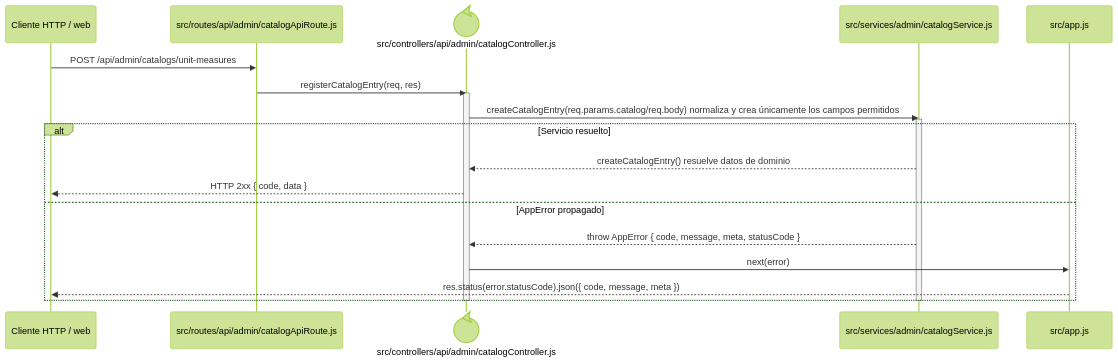
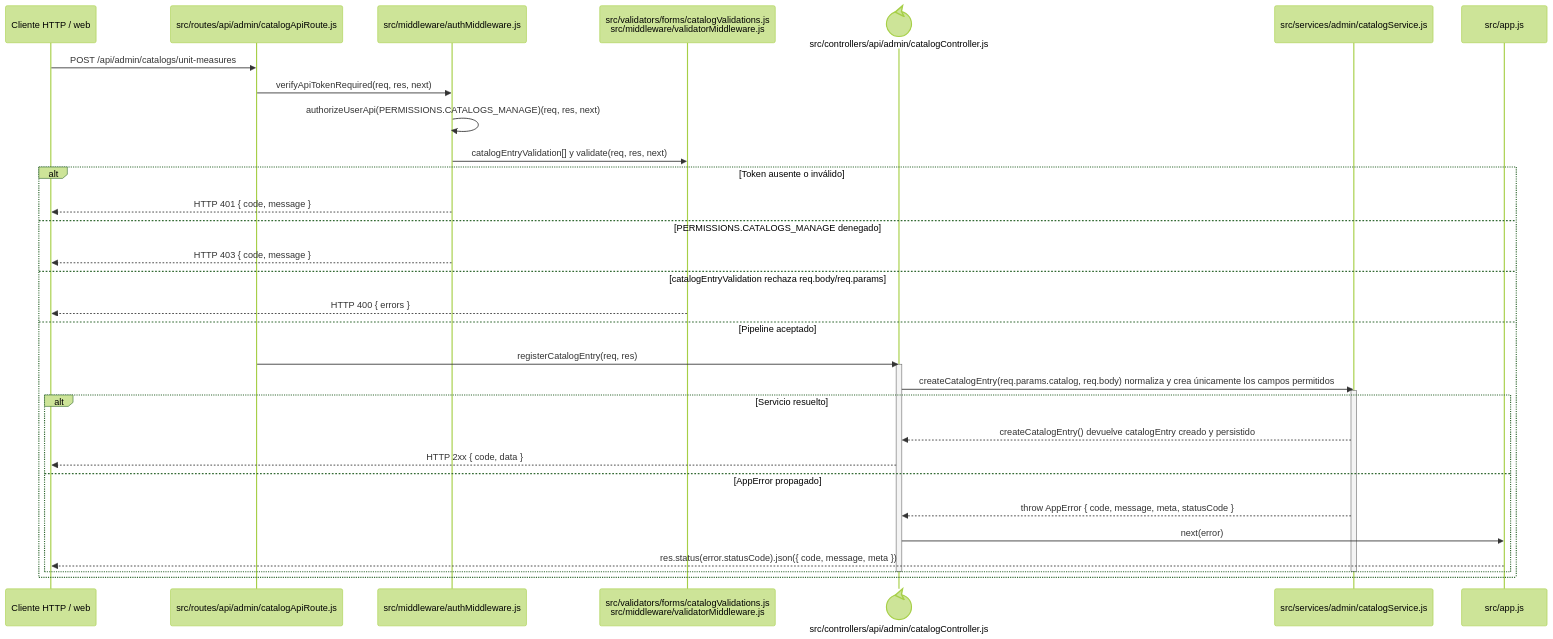
One commit to gpgsistemas01/nexus changed the diagram in docs/architecture/backend-code-sequences/catalogs/cu-cat-19.md. Above: the diagram before and after it, drawn with Mermaid (forest theme). The commit also changed 102 other files, not shown here.

````diff
--- a/docs/architecture/backend-code-sequences/catalogs/cu-cat-19.md
+++ b/docs/architecture/backend-code-sequences/catalogs/cu-cat-19.md
@@ -6,24 +6,37 @@
 ```mermaid
 sequenceDiagram
     participant Client as Cliente HTTP / web
     participant Route as src/routes/api/admin/catalogApiRoute.js
+    participant Auth as src/middleware/authMiddleware.js
+    participant Validator as src/validators/forms/catalogValidations.js<br/>src/middleware/validatorMiddleware.js
     participant Controller@{ "type": "control" } as src/controllers/api/admin/catalogController.js
     participant Domain as src/services/admin/catalogService.js
     participant ErrorHandler as src/app.js
 
     Client->>Route: POST /api/admin/catalogs/unit-measures
-    Route->>Controller: registerCatalogEntry(req, res)
-    activate Controller
-    Controller->>Domain: createCatalogEntry(req.params.catalog/req.body) normaliza y crea únicamente los campos permitidos
-    activate Domain
-    alt Servicio resuelto
-        Domain-->>Controller: createCatalogEntry() resuelve datos de dominio
-        Controller-->>Client: HTTP 2xx { code, data }
-    else AppError propagado
-        Domain-->>Controller: throw AppError { code, message, meta, statusCode }
-        Controller->>ErrorHandler: next(error)
-        ErrorHandler-->>Client: res.status(error.statusCode).json({ code, message, meta })
+    Route->>Auth: verifyApiTokenRequired(req, res, next)
+    Auth->>Auth: authorizeUserApi(PERMISSIONS.CATALOGS_MANAGE)(req, res, next)
+    Auth->>Validator: catalogEntryValidation[] y validate(req, res, next)
+    alt Token ausente o inválido
+        Auth-->>Client: HTTP 401 { code, message }
+    else PERMISSIONS.CATALOGS_MANAGE denegado
+        Auth-->>Client: HTTP 403 { code, message }
+    else catalogEntryValidation rechaza req.body/req.params
+        Validator-->>Client: HTTP 400 { errors }
+    else Pipeline aceptado
+        Route->>Controller: registerCatalogEntry(req, res)
+        activate Controller
+        Controller->>Domain: createCatalogEntry(req.params.catalog, req.body) normaliza y crea únicamente los campos permitidos
+        activate Domain
+        alt Servicio resuelto
+            Domain-->>Controller: createCatalogEntry() devuelve catalogEntry creado y persistido
+            Controller-->>Client: HTTP 2xx { code, data }
+        else AppError propagado
+            Domain-->>Controller: throw AppError { code, message, meta, statusCode }
+            Controller->>ErrorHandler: next(error)
+            ErrorHandler-->>Client: res.status(error.statusCode).json({ code, message, meta })
+        end
+        deactivate Domain
+        deactivate Controller
     end
-    deactivate Domain
-    deactivate Controller
 ```
````
